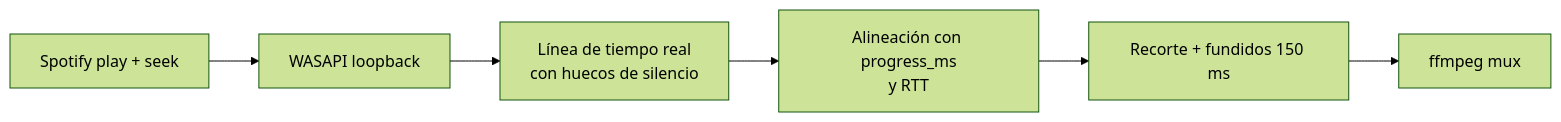
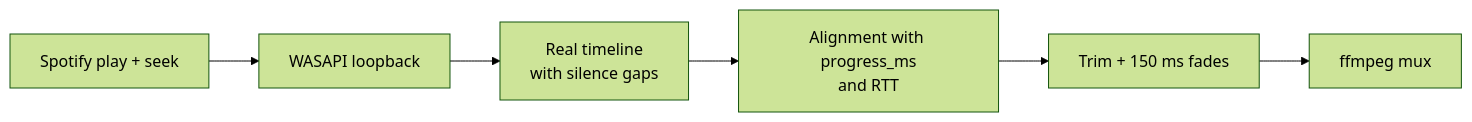
Before and after one commit to zillazh3/ZH3-Marea: the diagram in README.md, drawn with Mermaid (forest theme). The commit also changed other lines of this file and 3 other files, not shown here.

````diff
--- a/README.md
+++ b/README.md
@@ -192,8 +211,8 @@
 ```mermaid
 flowchart LR
     A[Spotify play + seek] --> B[WASAPI loopback]
-    B --> C[Línea de tiempo real<br/>con huecos de silencio]
-    C --> D[Alineación con progress_ms<br/>y RTT]
-    D --> E[Recorte + fundidos 150 ms]
+    B --> C[Real timeline<br/>with silence gaps]
+    C --> D[Alignment with progress_ms<br/>and RTT]
+    D --> E[Trim + 150 ms fades]
     E --> F[ffmpeg mux]
 ```
````
